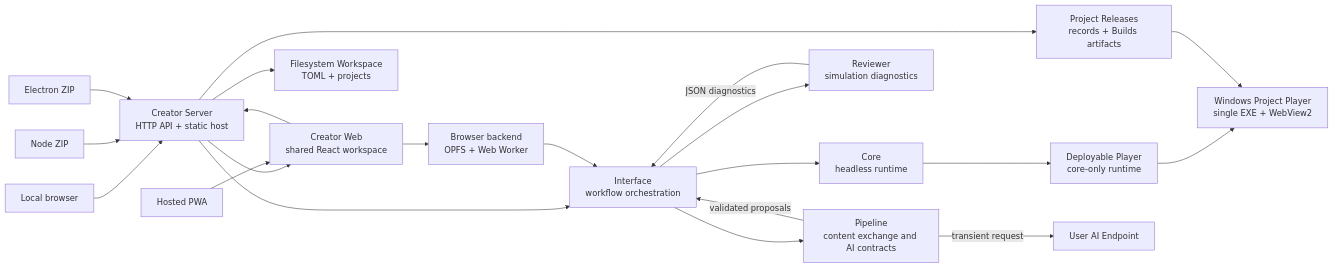
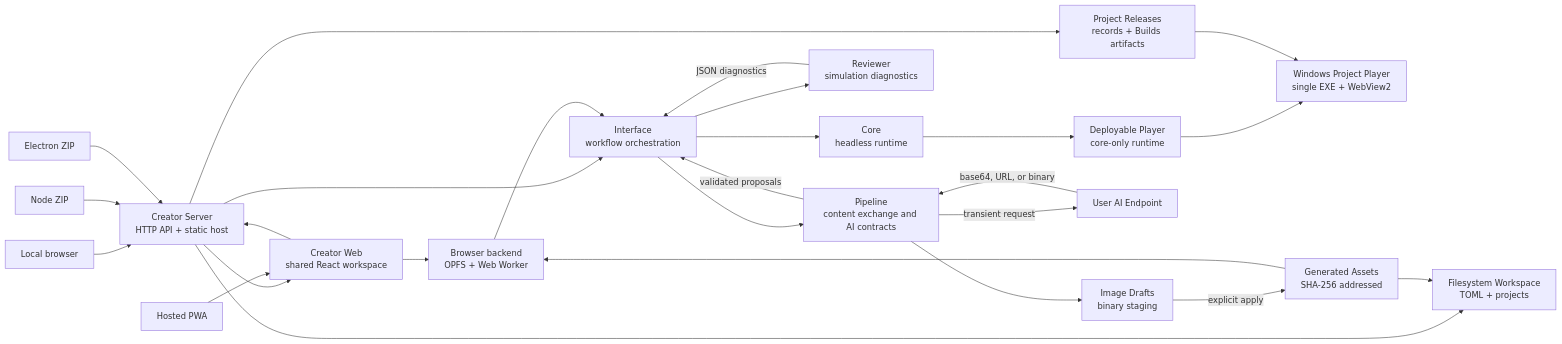
Before and after one commit to Sisyphe42/ReignsAgent: the first of 2 diagrams in README.md, drawn with Mermaid. The commit also changed other lines of this file and 9 other files, not shown here.

````diff
--- a/README.md
+++ b/README.md
@@ -119,40 +119,47 @@
 ```mermaid
 flowchart LR
   local["Local browser"]
   nodeZip["Node ZIP"]
   electron["Electron ZIP"]
   hosted["Hosted PWA"]
   creator["Creator Web<br/>shared React workspace"]
   server["Creator Server<br/>HTTP API + static host"]
   fileWorkspace["Filesystem Workspace<br/>TOML + projects"]
   browserBackend["Browser backend<br/>OPFS + Web Worker"]
   interface["Interface<br/>workflow orchestration"]
   pipeline["Pipeline<br/>content exchange and AI contracts"]
   reviewer["Reviewer<br/>simulation diagnostics"]
   core["Core<br/>headless runtime"]
   player["Deployable Player<br/>core-only runtime"]
   winPlayer["Windows Project Player<br/>single EXE + WebView2"]
   releases["Project Releases<br/>records + Builds artifacts"]
   provider["User AI Endpoint"]
+  imageDrafts["Image Drafts<br/>binary staging"]
+  generatedAssets["Generated Assets<br/>SHA-256 addressed"]
 
   local --> server
   nodeZip --> server
   electron --> server
   server --> creator
   server --> fileWorkspace
   server --> releases
   hosted --> creator
   creator --> browserBackend
   creator --> server
   server --> interface
   browserBackend --> interface
   interface --> core
   interface --> reviewer
   interface --> pipeline
   pipeline -->|"transient request"| provider
+  provider -->|"base64, URL, or binary"| pipeline
+  pipeline --> imageDrafts
+  imageDrafts -->|"explicit apply"| generatedAssets
+  generatedAssets --> fileWorkspace
+  generatedAssets --> browserBackend
   reviewer -->|"JSON diagnostics"| interface
   pipeline -->|"validated proposals"| interface
   core --> player
   player --> winPlayer
   releases --> winPlayer
 ```
````
